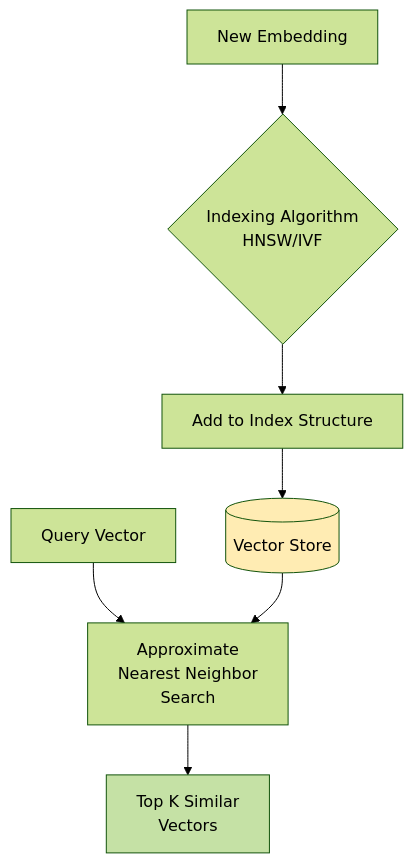
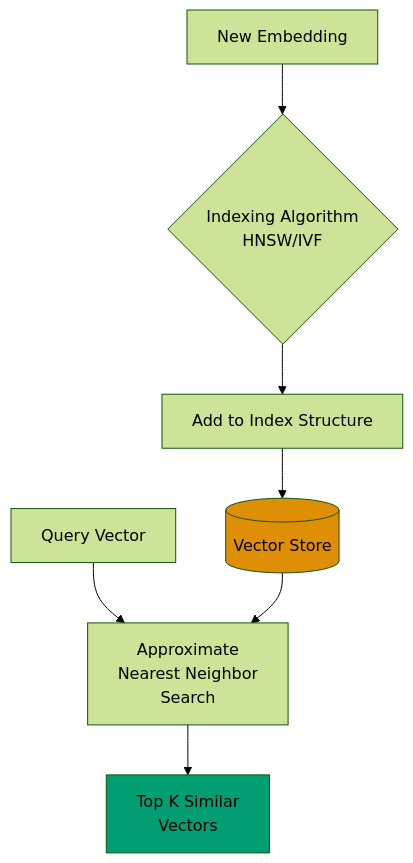
The fourth of 8 diagrams in docs/tutorials/ai-engineering/tu-aien__chat-with-pdf.md (wahidyankf/open-sharia-enterprise), drawn with Mermaid (forest theme) before and after one commit. The commit also changed other lines of this file and 22 other files, not shown here.

First line of the commit message:
docs(diagrams): ensure all mermaid diagrams use color-blind friendly palette

````diff
--- a/docs/tutorials/ai-engineering/tu-aien__chat-with-pdf.md
+++ b/docs/tutorials/ai-engineering/tu-aien__chat-with-pdf.md
@@ -308,13 +320,13 @@
 ```mermaid
 graph TD
 	A[New Embedding] --> B{Indexing Algorithm<br/>HNSW/IVF}
 	B --> C[Add to Index Structure]
 	C --> D[(Vector Store)]
 
 	E[Query Vector] --> F[Approximate<br/>Nearest Neighbor<br/>Search]
 	D --> F
 	F --> G[Top K Similar<br/>Vectors]
 
-	style D fill:#ffecb3
-	style G fill:#c5e1a5
+	style D fill:#DE8F05
+	style G fill:#029E73
 ```
````
